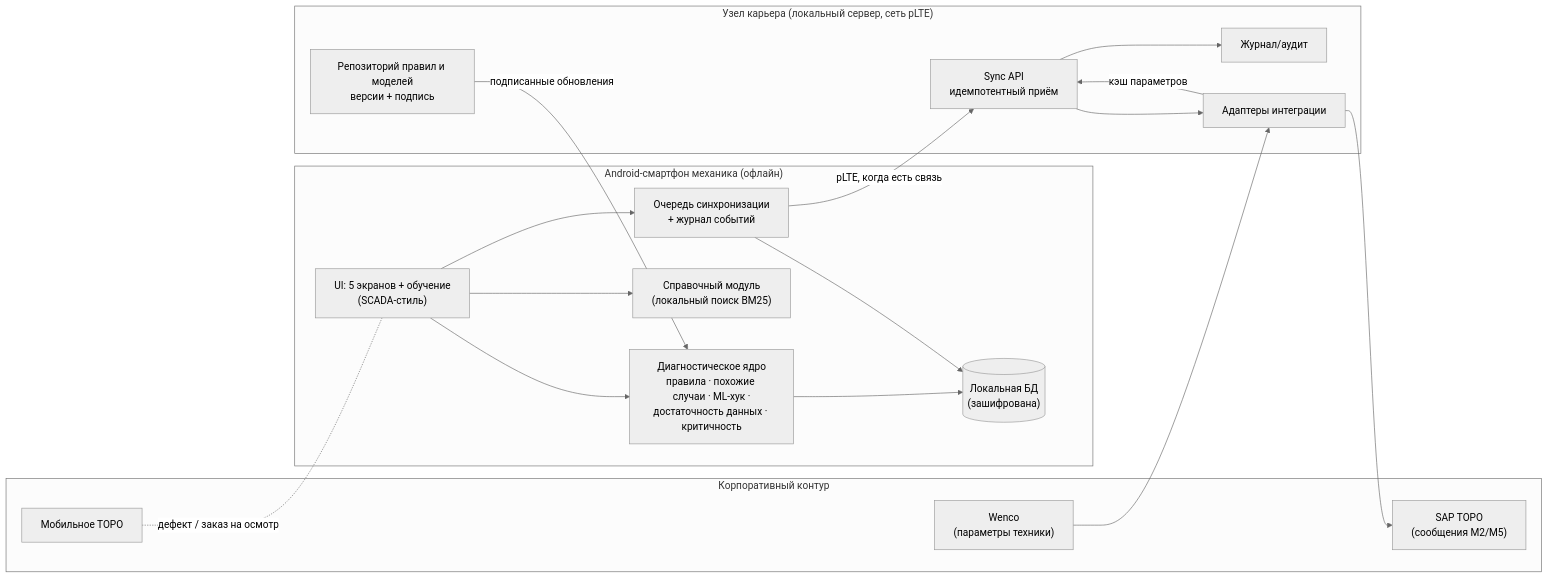
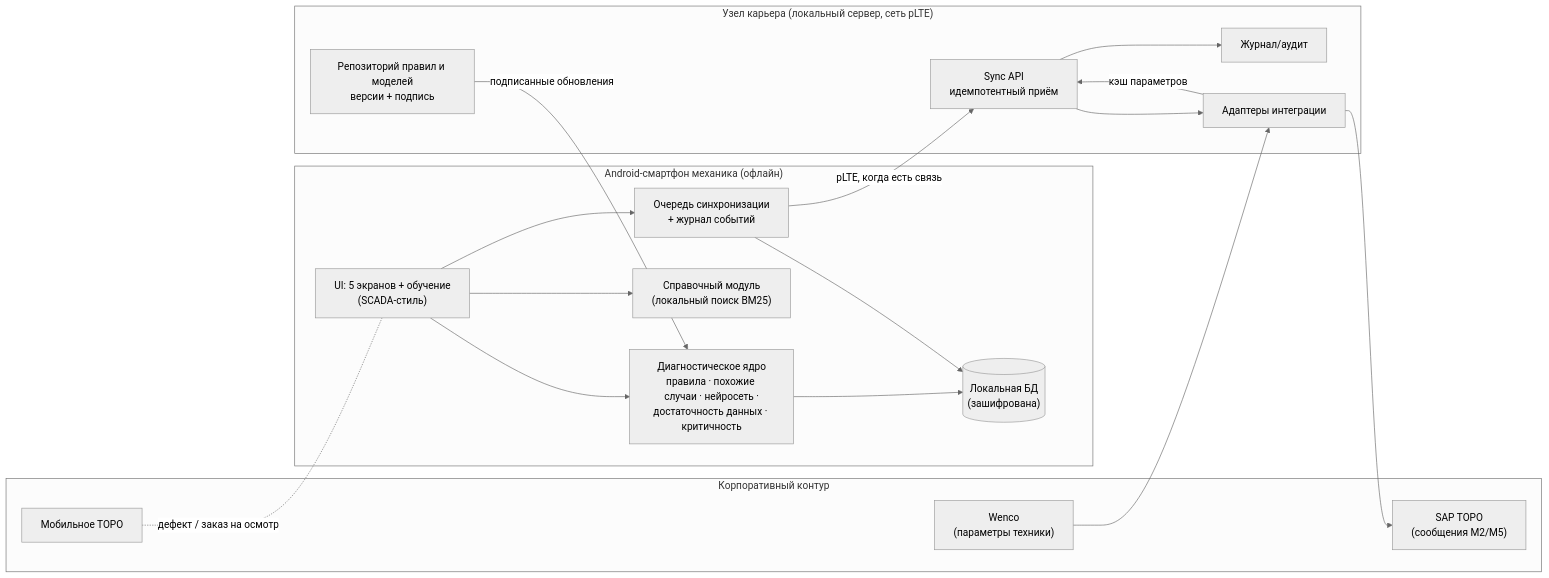
The diagram in docs/architecture.md (samplecodeschool-cell/huesos), drawn with Mermaid (neutral theme) before and after one commit. The commit also changed other lines of this file and 34 other files, not shown here.

````diff
--- a/docs/architecture.md
+++ b/docs/architecture.md
@@ -8,30 +8,30 @@
 ```mermaid
 flowchart LR
   subgraph Phone["Android-смартфон механика (офлайн)"]
     UI["UI: 5 экранов + обучение<br/>(SCADA-стиль)"]
-    CORE["Диагностическое ядро<br/>правила · похожие случаи · ML-хук ·<br/>достаточность данных · критичность"]
+    CORE["Диагностическое ядро<br/>правила · похожие случаи · нейросеть ·<br/>достаточность данных · критичность"]
     KB["Справочный модуль<br/>(локальный поиск BM25)"]
     DB[("Локальная БД<br/>(зашифрована)")]
     Q["Очередь синхронизации<br/>+ журнал событий"]
     UI --> CORE --> DB
     UI --> KB
     UI --> Q --> DB
   end
   subgraph Edge["Узел карьера (локальный сервер, сеть pLTE)"]
     API["Sync API<br/>идемпотентный приём"]
     RULES["Репозиторий правил и моделей<br/>версии + подпись"]
     J["Журнал/аудит"]
     ADP["Адаптеры интеграции"]
   end
   subgraph Corp["Корпоративный контур"]
     SAP["SAP ТОРО<br/>(сообщения М2/М5)"]
     WENCO["Wenco<br/>(параметры техники)"]
     MT["Мобильное ТОРО"]
   end
   Q -- "pLTE, когда есть связь" --> API
   RULES -- "подписанные обновления" --> CORE
   API --> J
   API --> ADP --> SAP
   WENCO --> ADP -- "кэш параметров" --> API
   MT -. "дефект / заказ на осмотр" .- UI
 ```
````
